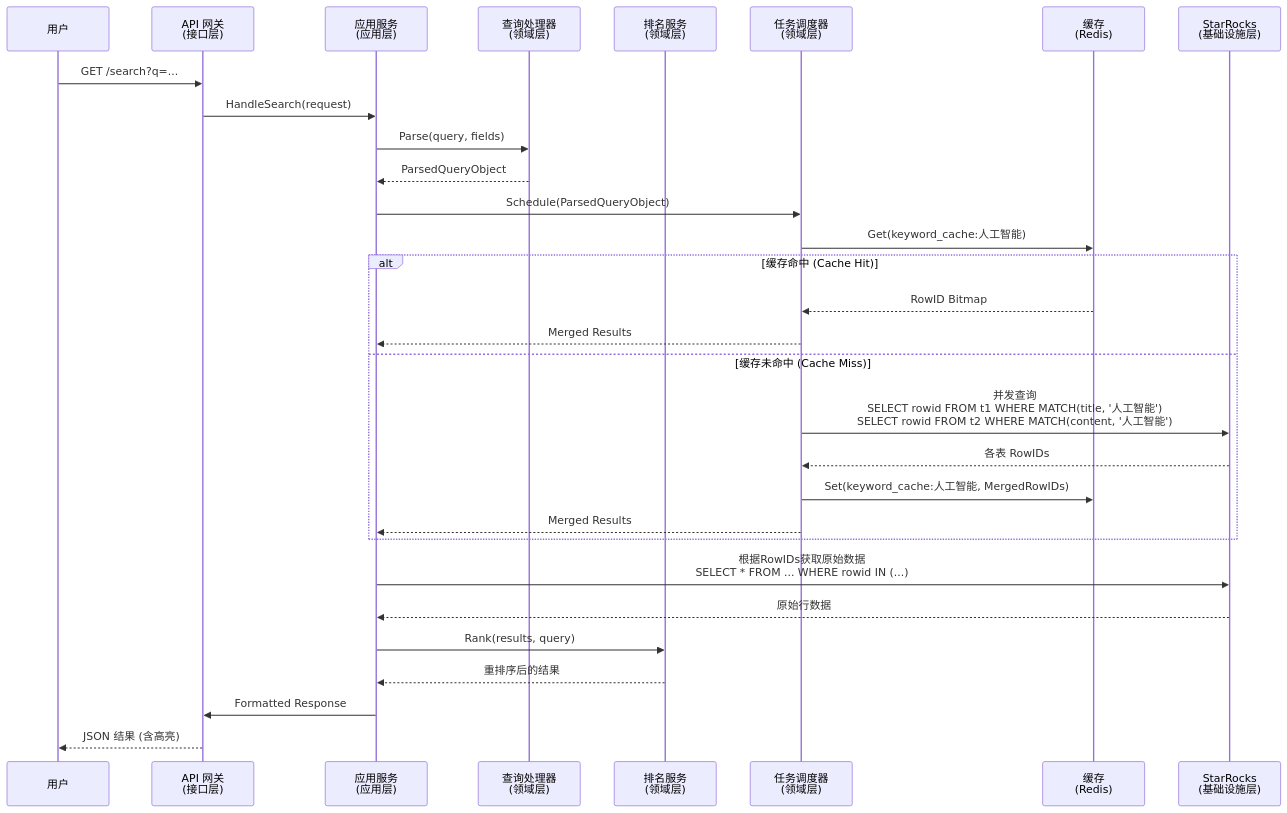
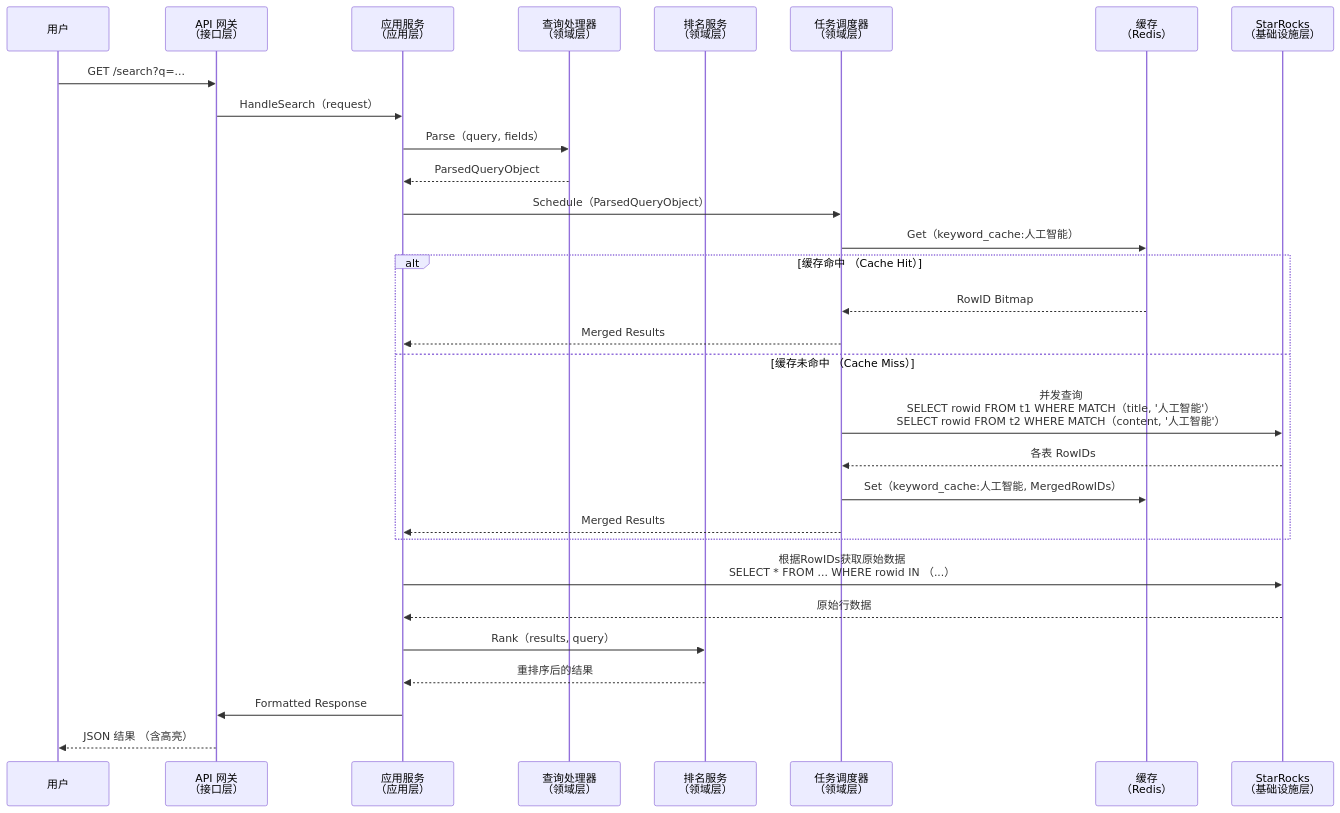
Before and after one commit to turtacn/starseek: the third of 3 diagrams in docs/architecture.md, drawn with Mermaid. The commit also changed other lines of this file, not shown here.

Commit message:
init v0.1.2 well format

````diff
--- a/docs/architecture.md
+++ b/docs/architecture.md
@@ -163,38 +163,38 @@
 ```mermaid
 sequenceDiagram
     participant User as 用户
-    participant Gateway as API 网关<br/>(接口层)
-    participant AppSvc as 应用服务<br/>(应用层)
-    participant QP as 查询处理器<br/>(领域层)
-    participant Ranker as 排名服务<br/>(领域层)
-    participant Scheduler as 任务调度器<br/>(领域层)
-    participant Cache as 缓存<br/>(Redis)
-    participant DB as StarRocks<br/>(基础设施层)
+    participant Gateway as API 网关<br/>（接口层）
+    participant AppSvc as 应用服务<br/>（应用层）
+    participant QP as 查询处理器<br/>（领域层）
+    participant Ranker as 排名服务<br/>（领域层）
+    participant Scheduler as 任务调度器<br/>（领域层）
+    participant Cache as 缓存<br/>（Redis）
+    participant DB as StarRocks<br/>（基础设施层）
 
     User->>Gateway: GET /search?q=...
-    Gateway->>AppSvc: HandleSearch(request)
-    AppSvc->>QP: Parse(query, fields)
+    Gateway->>AppSvc: HandleSearch（request）
+    AppSvc->>QP: Parse（query, fields）
     QP-->>AppSvc: ParsedQueryObject
     
-    AppSvc->>Scheduler: Schedule(ParsedQueryObject)
+    AppSvc->>Scheduler: Schedule（ParsedQueryObject）
     
-    Scheduler->>Cache: Get(keyword_cache:人工智能)
-    alt 缓存命中 (Cache Hit)
+    Scheduler->>Cache: Get（keyword_cache:人工智能）
+    alt 缓存命中 （Cache Hit）
         Cache-->>Scheduler: RowID Bitmap
         Scheduler-->>AppSvc: Merged Results
-    else 缓存未命中 (Cache Miss)
-        Scheduler->>DB: 并发查询<br/>SELECT rowid FROM t1 WHERE MATCH(title, '人工智能')<br/>SELECT rowid FROM t2 WHERE MATCH(content, '人工智能')
+    else 缓存未命中 （Cache Miss）
+        Scheduler->>DB: 并发查询<br/>SELECT rowid FROM t1 WHERE MATCH（title, '人工智能'）<br/>SELECT rowid FROM t2 WHERE MATCH（content, '人工智能'）
         DB-->>Scheduler: 各表 RowIDs
-        Scheduler->>Cache: Set(keyword_cache:人工智能, MergedRowIDs)
+        Scheduler->>Cache: Set（keyword_cache:人工智能, MergedRowIDs）
         Scheduler-->>AppSvc: Merged Results
     end
 
-    AppSvc->>DB: 根据RowIDs获取原始数据<br/>SELECT * FROM ... WHERE rowid IN (...)
+    AppSvc->>DB: 根据RowIDs获取原始数据<br/>SELECT * FROM ... WHERE rowid IN （...）
     DB-->>AppSvc: 原始行数据
     
-    AppSvc->>Ranker: Rank(results, query)
+    AppSvc->>Ranker: Rank（results, query）
     Ranker-->>AppSvc: 重排序后的结果
     
     AppSvc->>Gateway: Formatted Response
-    Gateway-->>User: JSON 结果 (含高亮)
+    Gateway-->>User: JSON 结果 （含高亮）
 ```
````
